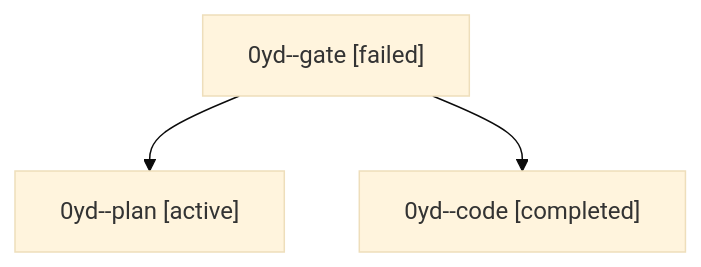
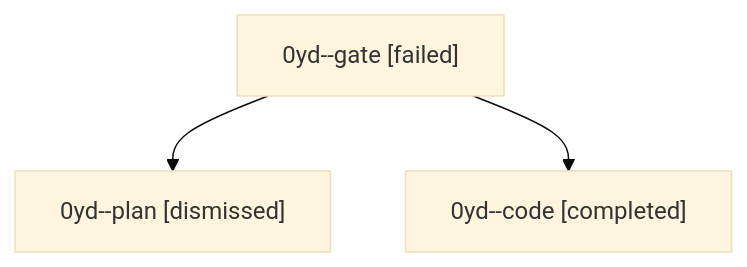
Before and after one commit to bobs-org/bob-cli--agents: the diagram in sessions/bbugyi200.athena.0yd.md, drawn with Mermaid (base theme). The commit also changed other lines of this file and 5 other files, not shown here.

````diff
--- a/sessions/bbugyi200.athena.0yd.md
+++ b/sessions/bbugyi200.athena.0yd.md
@@ -9,8 +9,8 @@
 ```mermaid
 flowchart TD
   n0["0yd--gate [failed]"]
-  n1["0yd--plan [active]"]
+  n1["0yd--plan [dismissed]"]
   n0 --> n1
   n2["0yd--code [completed]"]
   n0 --> n2
 ```
````
